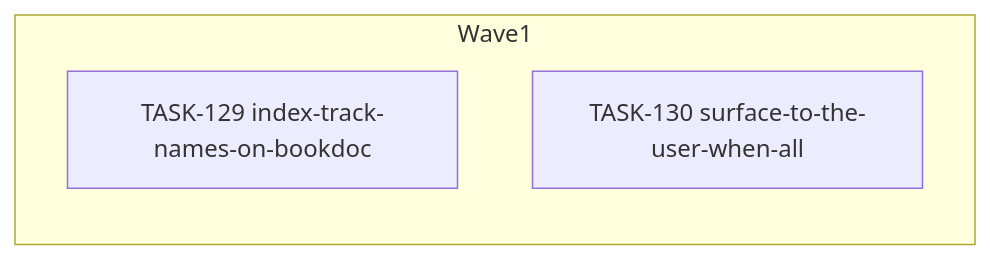
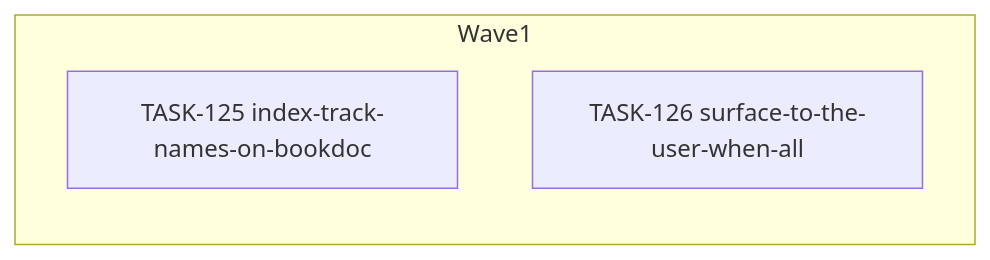
The diagram in docs/agent-tasks/todo-completion/search/orchestration.md (falkcorp/audiobook-organizer), drawn with Mermaid before and after one commit. The commit also changed other lines of this file and 406 other files, not shown here.

````diff
--- a/docs/agent-tasks/todo-completion/search/orchestration.md
+++ b/docs/agent-tasks/todo-completion/search/orchestration.md
@@ -12,8 +12,8 @@
 ```mermaid
 flowchart LR
     subgraph Wave1
-      TASK129[TASK-129 index-track-names-on-bookdoc]
-      TASK130[TASK-130 surface-to-the-user-when-all]
+      TASK125[TASK-125 index-track-names-on-bookdoc]
+      TASK126[TASK-126 surface-to-the-user-when-all]
     end
 
 ```
````
